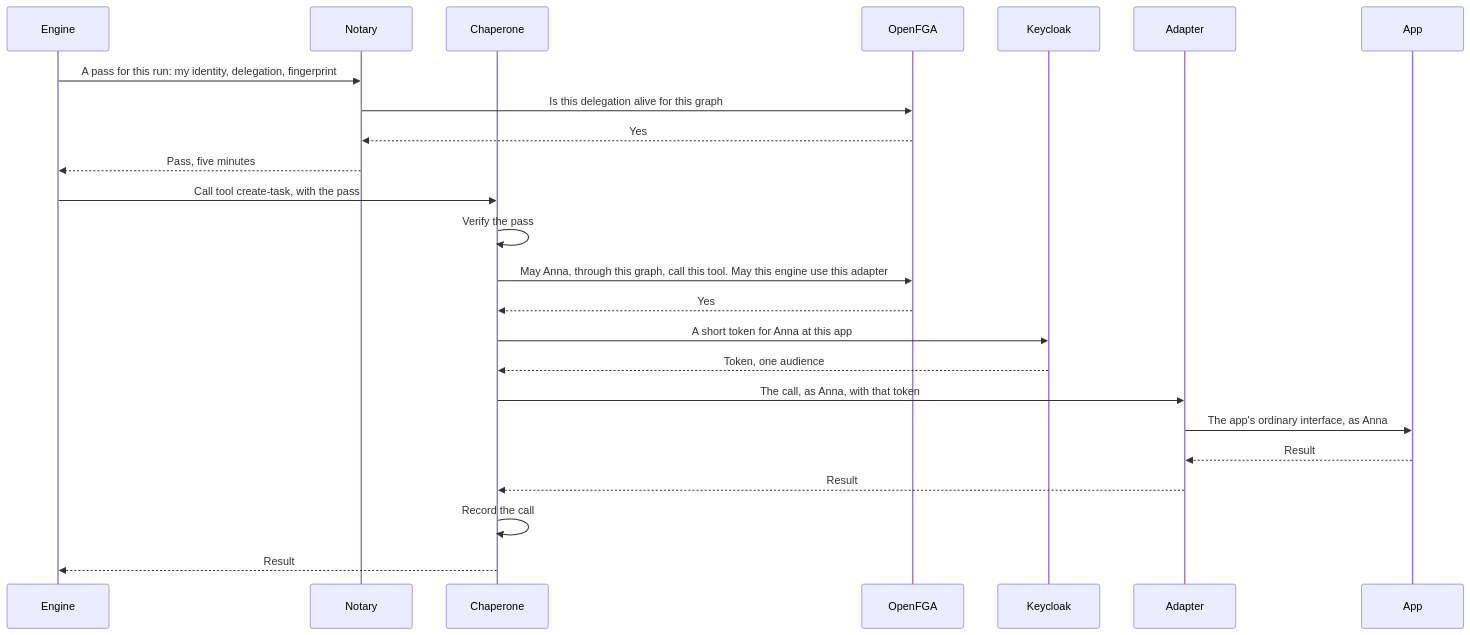
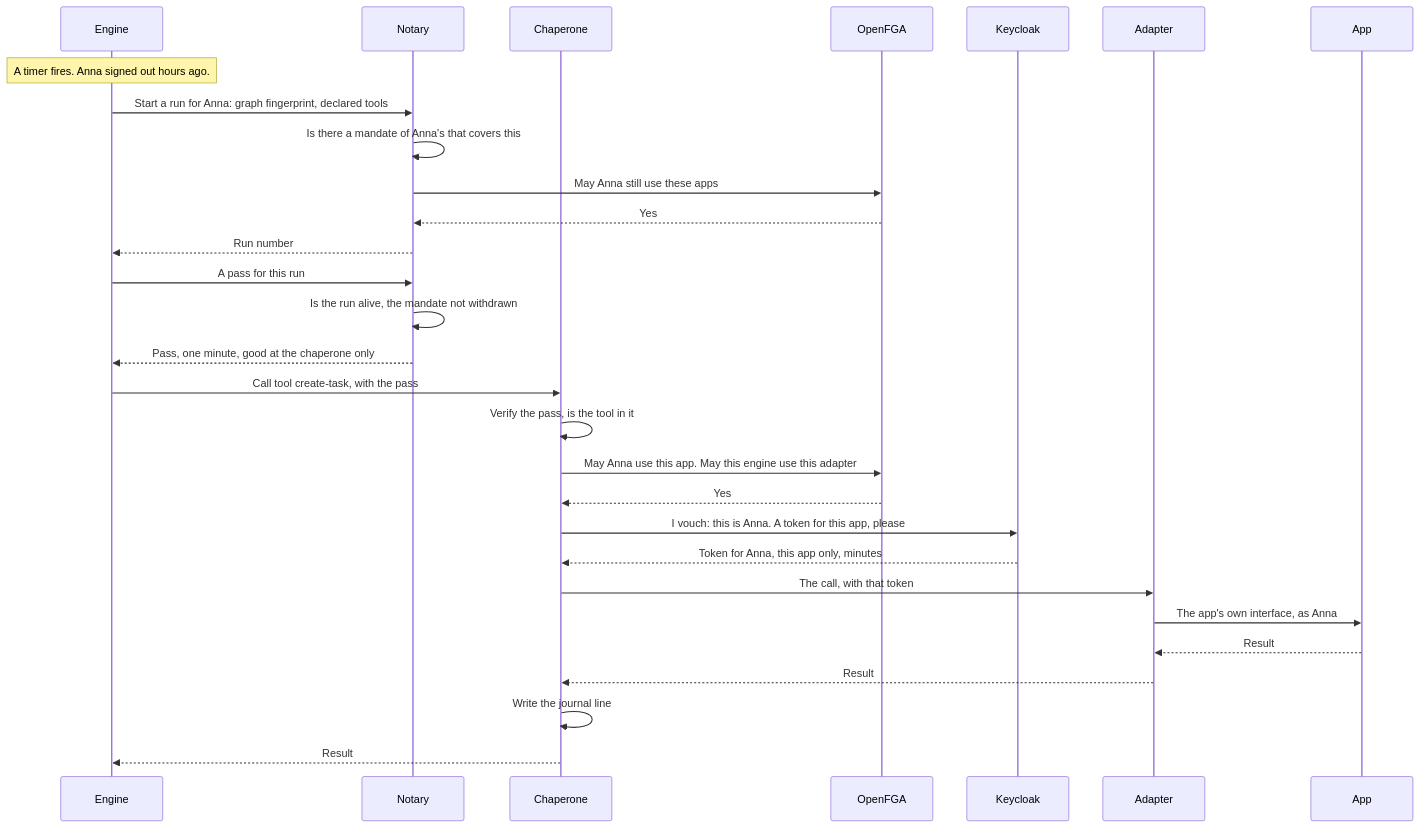
One commit to gentian-org/gentian-os changed the third of 6 diagrams in docs/plans/agents.md. Above: the diagram before and after it, drawn with Mermaid. The commit also changed other lines of this file and 1 other file, not shown here.

````diff
--- a/docs/plans/agents.md
+++ b/docs/plans/agents.md
@@ -1094,27 +235,32 @@
 ```mermaid
 sequenceDiagram
   participant E as Engine
   participant N as Notary
   participant C as Chaperone
   participant F as OpenFGA
   participant K as Keycloak
   participant M as Adapter
   participant P as App
 
-  E->>N: A pass for this run: my identity, delegation, fingerprint
-  N->>F: Is this delegation alive for this graph
+  Note over E: A timer fires. Anna signed out hours ago.
+  E->>N: Start a run for Anna: graph fingerprint, declared tools
+  N->>N: Is there a mandate of Anna's that covers this
+  N->>F: May Anna still use these apps
   F-->>N: Yes
-  N-->>E: Pass, five minutes
+  N-->>E: Run number
+  E->>N: A pass for this run
+  N->>N: Is the run alive, the mandate not withdrawn
+  N-->>E: Pass, one minute, good at the chaperone only
   E->>C: Call tool create-task, with the pass
-  C->>C: Verify the pass
-  C->>F: May Anna, through this graph, call this tool. May this engine use this adapter
+  C->>C: Verify the pass, is the tool in it
+  C->>F: May Anna use this app. May this engine use this adapter
   F-->>C: Yes
-  C->>K: A short token for Anna at this app
-  K-->>C: Token, one audience
-  C->>M: The call, as Anna, with that token
-  M->>P: The app's ordinary interface, as Anna
+  C->>K: I vouch: this is Anna. A token for this app, please
+  K-->>C: Token for Anna, this app only, minutes
+  C->>M: The call, with that token
+  M->>P: The app's own interface, as Anna
   P-->>M: Result
   M-->>C: Result
-  C->>C: Record the call
+  C->>C: Write the journal line
   C-->>E: Result
 ```
````
